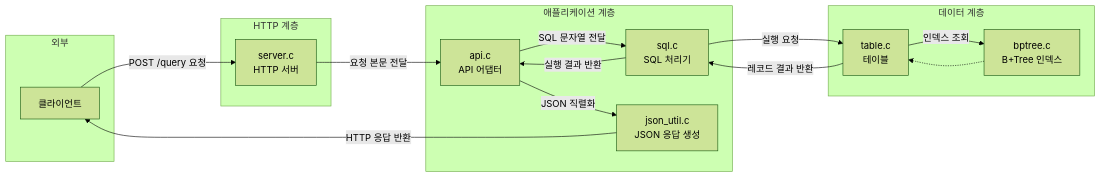
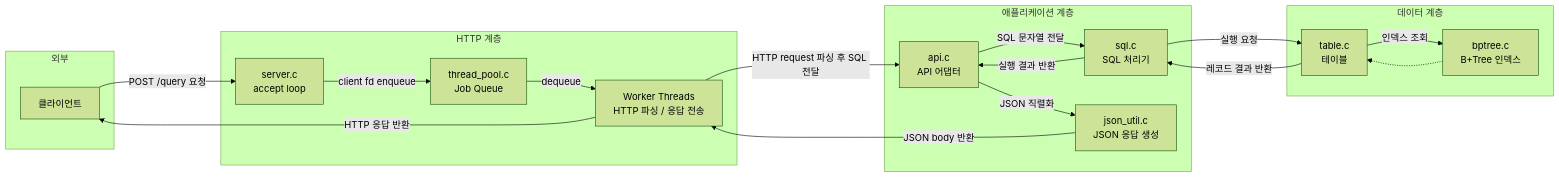
The first of 8 diagrams in README.md (Jungle-12-303/week8-team2-network), drawn with Mermaid (forest theme) before and after one commit.

Commit message:
README 다이어그램에 스레드 풀 구조 반영

````diff
--- a/README.md
+++ b/README.md
@@ -43,35 +43,40 @@
 ```mermaid
 flowchart LR
     A["클라이언트"]
 
     subgraph EXT["외부"]
         A
-    end
+    end
 
-    subgraph HTTP["HTTP 계층"]
-        B["server.c<br/>HTTP 서버"]
-    end
+    subgraph HTTP["HTTP 계층"]
+        B["server.c<br/>accept loop"]
+        H["thread_pool.c<br/>Job Queue"]
+        I["Worker Threads<br/>HTTP 파싱 / 응답 전송"]
+    end
 
-    subgraph APP["애플리케이션 계층"]
+    subgraph APP["애플리케이션 계층"]
         C["api.c<br/>API 어댑터"]
         D["sql.c<br/>SQL 처리기"]
         G["json_util.c<br/>JSON 응답 생성"]
     end
 
     subgraph DATA["데이터 계층"]
         E["table.c<br/>테이블"]
         F["bptree.c<br/>B+Tree 인덱스"]
-    end
+    end
 
     A -->|POST /query 요청| B
-    B -->|요청 본문 전달| C
+    B -->|client fd enqueue| H
+    H -->|dequeue| I
+    I -->|HTTP request 파싱 후 SQL 전달| C
     C -->|SQL 문자열 전달| D
     D -->|실행 요청| E
     E -->|인덱스 조회| F
     F -.-> E
     E -->|레코드 결과 반환| D
     D -->|실행 결과 반환| C
     C -->|JSON 직렬화| G
-    G -->|HTTP 응답 반환| A
+    G -->|JSON body 반환| I
+    I -->|HTTP 응답 반환| A
 
 ```
````
